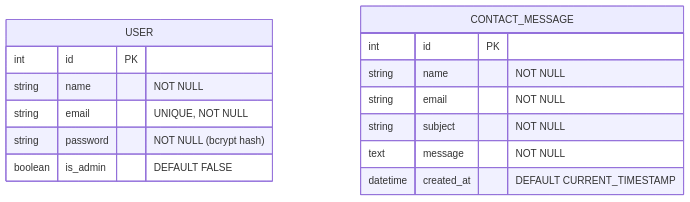
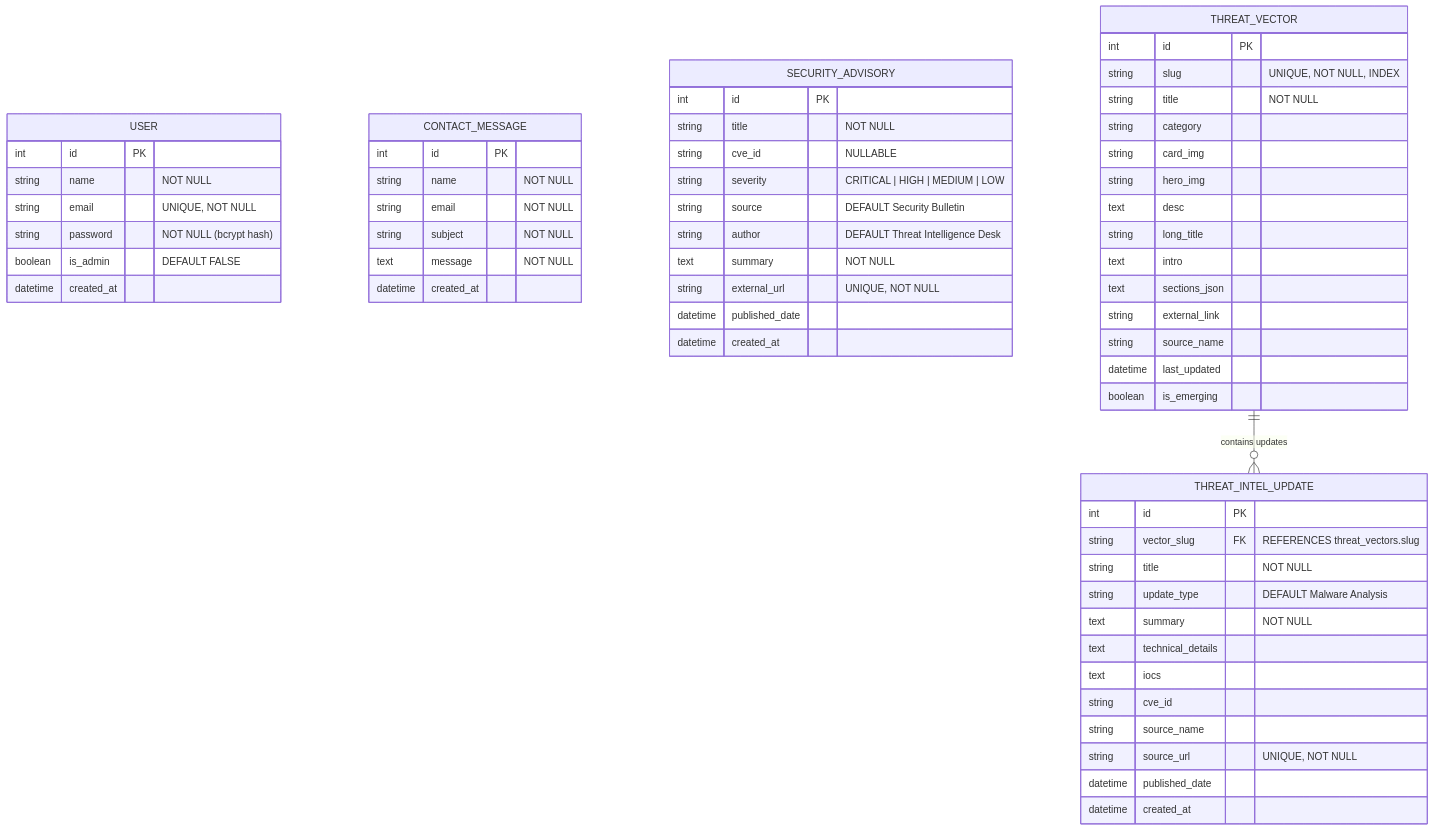
The second of 4 diagrams in README.md (H4R5787/VirusGuard), drawn with Mermaid before and after one commit. The commit also changed other lines of this file, not shown here.

Commit message:
docs: update README with full architecture, CISA threat intel pipeline, test suite, and database models

````diff
--- a/README.md
+++ b/README.md
@@ -285,19 +322,67 @@
 ```mermaid
 erDiagram
     USER {
         int id PK
         string name "NOT NULL"
         string email "UNIQUE, NOT NULL"
         string password "NOT NULL (bcrypt hash)"
         boolean is_admin "DEFAULT FALSE"
+        datetime created_at
     }
 
     CONTACT_MESSAGE {
         int id PK
         string name "NOT NULL"
         string email "NOT NULL"
         string subject "NOT NULL"
         text message "NOT NULL"
-        datetime created_at "DEFAULT CURRENT_TIMESTAMP"
+        datetime created_at
     }
+
+    SECURITY_ADVISORY {
+        int id PK
+        string title "NOT NULL"
+        string cve_id "NULLABLE"
+        string severity "CRITICAL | HIGH | MEDIUM | LOW"
+        string source "DEFAULT Security Bulletin"
+        string author "DEFAULT Threat Intelligence Desk"
+        text summary "NOT NULL"
+        string external_url "UNIQUE, NOT NULL"
+        datetime published_date
+        datetime created_at
+    }
+
+    THREAT_VECTOR {
+        int id PK
+        string slug "UNIQUE, NOT NULL, INDEX"
+        string title "NOT NULL"
+        string category
+        string card_img
+        string hero_img
+        text desc
+        string long_title
+        text intro
+        text sections_json
+        string external_link
+        string source_name
+        datetime last_updated
+        boolean is_emerging
+    }
+
+    THREAT_INTEL_UPDATE {
+        int id PK
+        string vector_slug FK "REFERENCES threat_vectors.slug"
+        string title "NOT NULL"
+        string update_type "DEFAULT Malware Analysis"
+        text summary "NOT NULL"
+        text technical_details
+        text iocs
+        string cve_id
+        string source_name
+        string source_url "UNIQUE, NOT NULL"
+        datetime published_date
+        datetime created_at
+    }
+
+    THREAT_VECTOR ||--o{ THREAT_INTEL_UPDATE : "contains updates"
 ```
````
